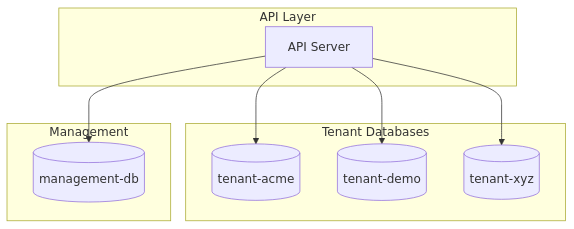
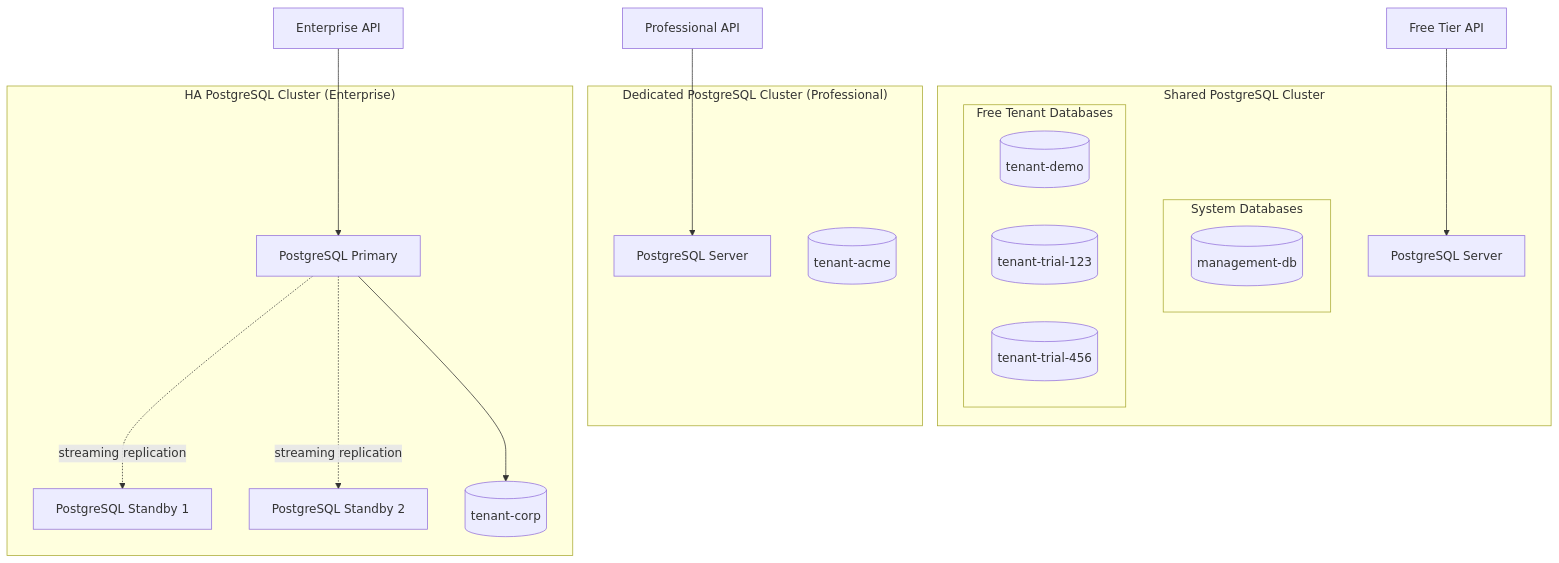
One commit to D4M13N-D3V/MechanicBuddy changed the sixth of 7 diagrams in docs/technical/architecture.md. Above: the diagram before and after it, drawn with Mermaid. The commit also changed other lines of this file and 9 other files, not shown here.

First line of the commit message:
feat: add autoscaling for free-tier API and web deployments

````diff
--- a/docs/technical/architecture.md
+++ b/docs/technical/architecture.md
@@ -359,21 +654,37 @@
 ```mermaid
 graph TB
-    subgraph "API Layer"
-        API[API Server]
+    subgraph "Shared PostgreSQL Cluster"
+        PG1[PostgreSQL Server]
+
+        subgraph "System Databases"
+            MGMT[(management-db)]
+        end
+
+        subgraph "Free Tenant Databases"
+            DB_FREE1[(tenant-demo)]
+            DB_FREE2[(tenant-trial-123)]
+            DB_FREE3[(tenant-trial-456)]
+        end
     end
 
-    subgraph "Tenant Databases"
-        DB1[(tenant-acme)]
-        DB2[(tenant-demo)]
-        DB3[(tenant-xyz)]
+    subgraph "Dedicated PostgreSQL Cluster (Professional)"
+        PG2[PostgreSQL Server]
+        DB_PRO[(tenant-acme)]
     end
 
-    subgraph "Management"
-        MGMT_DB[(management-db)]
+    subgraph "HA PostgreSQL Cluster (Enterprise)"
+        PG3_PRIMARY[PostgreSQL Primary]
+        PG3_STANDBY1[PostgreSQL Standby 1]
+        PG3_STANDBY2[PostgreSQL Standby 2]
+
+        DB_ENT[(tenant-corp)]
+
+        PG3_PRIMARY --> DB_ENT
+        PG3_PRIMARY -.streaming replication.-> PG3_STANDBY1
+        PG3_PRIMARY -.streaming replication.-> PG3_STANDBY2
     end
 
-    API --> DB1
-    API --> DB2
-    API --> DB3
-    API --> MGMT_DB
+    API_FREE[Free Tier API] --> PG1
+    API_PRO[Professional API] --> PG2
+    API_ENT[Enterprise API] --> PG3_PRIMARY
 ```
````
